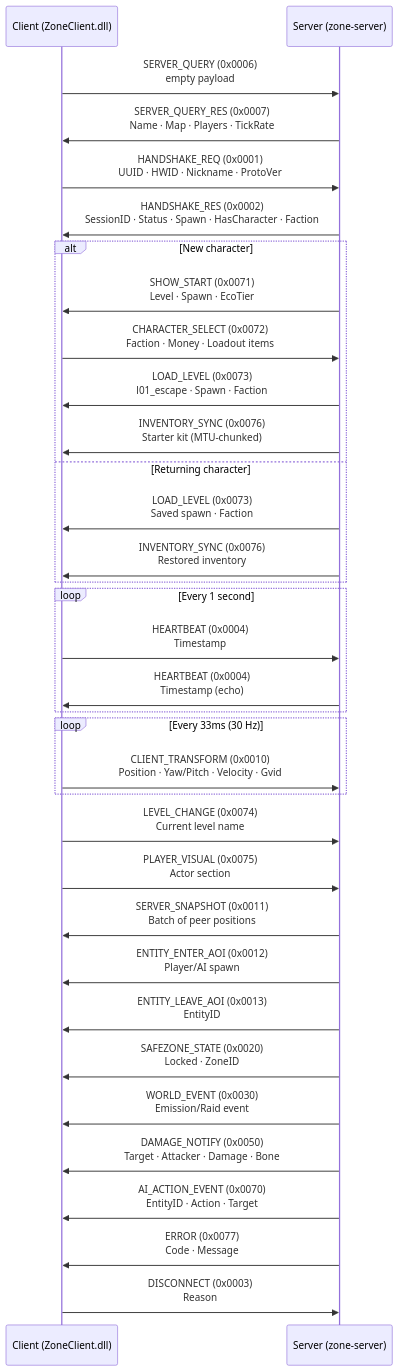
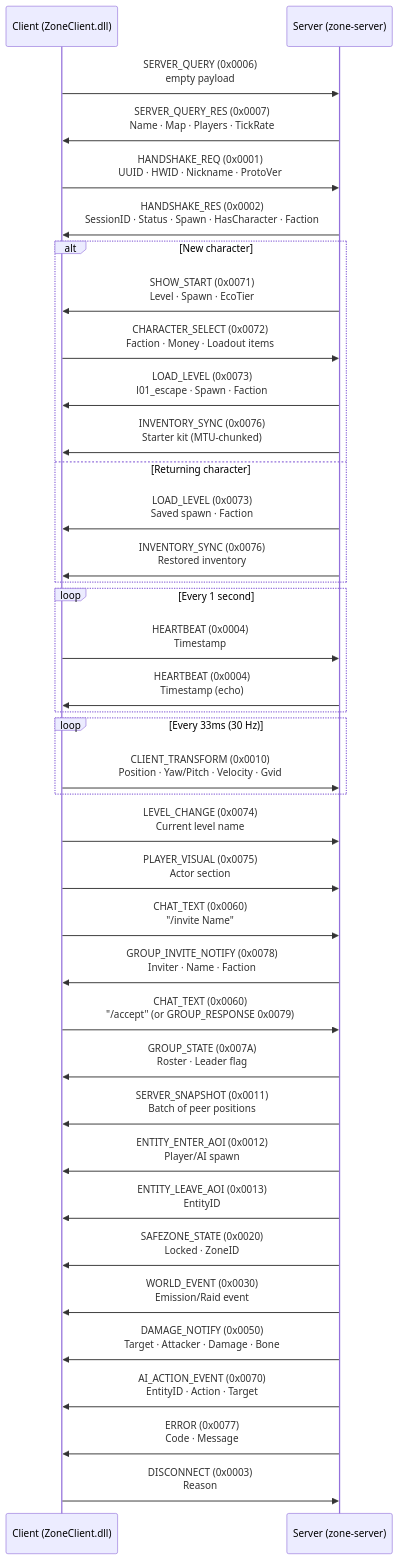
The third of 3 diagrams in README.md (AnarchadiaMC/Zone), drawn with Mermaid before and after one commit. The commit also changed other lines of this file and 22 other files, not shown here.

````diff
--- a/README.md
+++ b/README.md
@@ -203,44 +209,49 @@
 ```mermaid
 sequenceDiagram
     participant C as Client (ZoneClient.dll)
     participant S as Server (zone-server)
 
     C->>S: SERVER_QUERY (0x0006)<br/>empty payload
     S->>C: SERVER_QUERY_RES (0x0007)<br/>Name · Map · Players · TickRate
 
     C->>S: HANDSHAKE_REQ (0x0001)<br/>UUID · HWID · Nickname · ProtoVer
     S->>C: HANDSHAKE_RES (0x0002)<br/>SessionID · Status · Spawn · HasCharacter · Faction
 
     alt New character
         S->>C: SHOW_START (0x0071)<br/>Level · Spawn · EcoTier
         C->>S: CHARACTER_SELECT (0x0072)<br/>Faction · Money · Loadout items
         S->>C: LOAD_LEVEL (0x0073)<br/>l01_escape · Spawn · Faction
         S->>C: INVENTORY_SYNC (0x0076)<br/>Starter kit (MTU-chunked)
     else Returning character
         S->>C: LOAD_LEVEL (0x0073)<br/>Saved spawn · Faction
         S->>C: INVENTORY_SYNC (0x0076)<br/>Restored inventory
     end
 
     loop Every 1 second
         C->>S: HEARTBEAT (0x0004)<br/>Timestamp
         S->>C: HEARTBEAT (0x0004)<br/>Timestamp (echo)
     end
 
     loop Every 33ms (30 Hz)
         C->>S: CLIENT_TRANSFORM (0x0010)<br/>Position · Yaw/Pitch · Velocity · Gvid
     end
 
     C->>S: LEVEL_CHANGE (0x0074)<br/>Current level name
     C->>S: PLAYER_VISUAL (0x0075)<br/>Actor section
 
+    C->>S: CHAT_TEXT (0x0060)<br/>"/invite Name"
+    S->>C: GROUP_INVITE_NOTIFY (0x0078)<br/>Inviter · Name · Faction
+    C->>S: CHAT_TEXT (0x0060)<br/>"/accept" (or GROUP_RESPONSE 0x0079)
+    S->>C: GROUP_STATE (0x007A)<br/>Roster · Leader flag
+
     S->>C: SERVER_SNAPSHOT (0x0011)<br/>Batch of peer positions
     S->>C: ENTITY_ENTER_AOI (0x0012)<br/>Player/AI spawn
     S->>C: ENTITY_LEAVE_AOI (0x0013)<br/>EntityID
     S->>C: SAFEZONE_STATE (0x0020)<br/>Locked · ZoneID
     S->>C: WORLD_EVENT (0x0030)<br/>Emission/Raid event
     S->>C: DAMAGE_NOTIFY (0x0050)<br/>Target · Attacker · Damage · Bone
     S->>C: AI_ACTION_EVENT (0x0070)<br/>EntityID · Action · Target
     S->>C: ERROR (0x0077)<br/>Code · Message
 
     C->>S: DISCONNECT (0x0003)<br/>Reason
 ```
````
